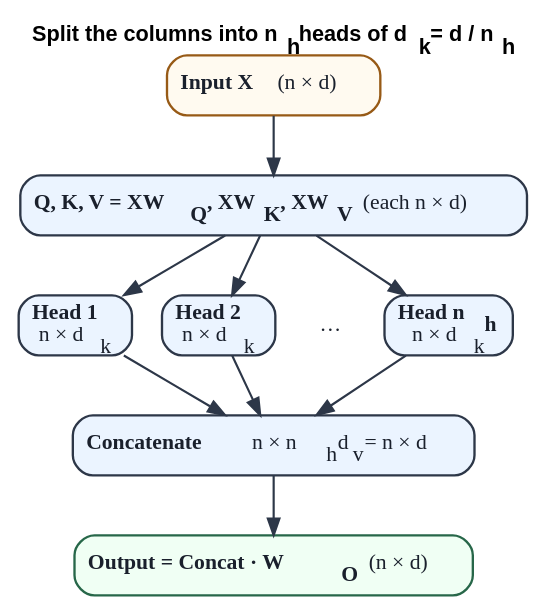
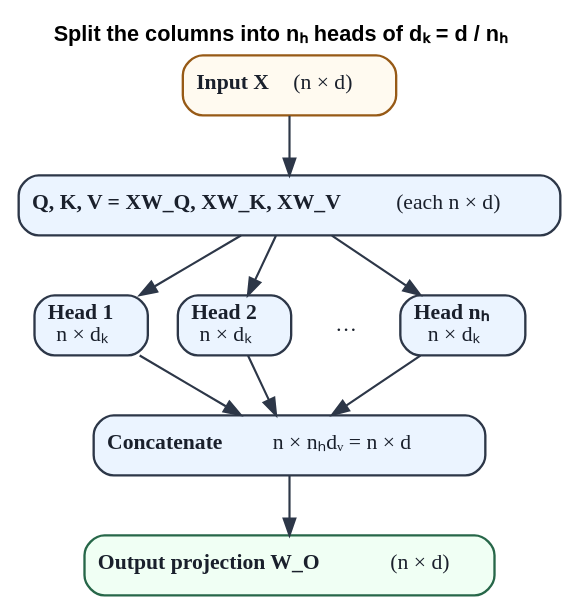
Before and after one commit to Beaker12/llmatlas: the diagram in chapters/01-foundations/figures/multi_head_attention.dot, drawn with Graphviz. The commit also changed 39 other files, not shown here.

Commit message:
Chapter 1 figures: plain subscripts in schematics, vertical history timeline, sentence-case plots, Zipf reference line, parameter axis in millions, display widths

```diff
--- a/chapters/01-foundations/figures/multi_head_attention.dot
+++ b/chapters/01-foundations/figures/multi_head_attention.dot
@@ -1,23 +1,23 @@
 digraph MultiHeadAttention {
-    graph [fontname="Arial" fontsize=13 bgcolor=white label=<<b>Split the columns into n<sub>h</sub> heads of d<sub>k</sub> = d / n<sub>h</sub></b>> labelloc=t];
+    graph [fontname="Arial" fontsize=13 bgcolor=white label=<<b>Split the columns into nₕ heads of dₖ = d / nₕ</b>> labelloc=t];
 
     x [label=<<b>Input X</b>  (n × d)> shape=box style="rounded,filled" fillcolor="#fffaf0" color="#975a16" penwidth=1.4 fontsize=13 fontcolor="#1a202c"];
-    qkv [label=<<b>Q, K, V = XW<sub>Q</sub>, XW<sub>K</sub>, XW<sub>V</sub></b>   (each n × d)> shape=box style="rounded,filled" fillcolor="#ebf4ff" color="#2d3748" penwidth=1.4 fontsize=13 fontcolor="#1a202c"];
-    h1 [label=<<b>Head 1</b><br/>n × d<sub>k</sub>> shape=box style="rounded,filled" fillcolor="#ebf4ff" color="#2d3748" penwidth=1.4 fontsize=13 fontcolor="#1a202c"];
-    h2 [label=<<b>Head 2</b><br/>n × d<sub>k</sub>> shape=box style="rounded,filled" fillcolor="#ebf4ff" color="#2d3748" penwidth=1.4 fontsize=13 fontcolor="#1a202c"];
+    qkv [label=<<b>Q, K, V = XW_Q, XW_K, XW_V</b>   (each n × d)> shape=box style="rounded,filled" fillcolor="#ebf4ff" color="#2d3748" penwidth=1.4 fontsize=13 fontcolor="#1a202c"];
+    h1 [label=<<b>Head 1</b><br/>n × dₖ> shape=box style="rounded,filled" fillcolor="#ebf4ff" color="#2d3748" penwidth=1.4 fontsize=13 fontcolor="#1a202c"];
+    h2 [label=<<b>Head 2</b><br/>n × dₖ> shape=box style="rounded,filled" fillcolor="#ebf4ff" color="#2d3748" penwidth=1.4 fontsize=13 fontcolor="#1a202c"];
     hd [label=<…> shape=box style="rounded,filled" fillcolor="white" color="#2d3748" penwidth=1.4 fontsize=13 fontcolor="#1a202c" penwidth=0 width=0.4];
-    hn [label=<<b>Head n<sub>h</sub></b><br/>n × d<sub>k</sub>> shape=box style="rounded,filled" fillcolor="#ebf4ff" color="#2d3748" penwidth=1.4 fontsize=13 fontcolor="#1a202c"];
+    hn [label=<<b>Head nₕ</b><br/>n × dₖ> shape=box style="rounded,filled" fillcolor="#ebf4ff" color="#2d3748" penwidth=1.4 fontsize=13 fontcolor="#1a202c"];
     { rank=same; h1; h2; hd; hn; }
-    cat [label=<<b>Concatenate</b>   n × n<sub>h</sub>d<sub>v</sub> = n × d> shape=box style="rounded,filled" fillcolor="#ebf4ff" color="#2d3748" penwidth=1.4 fontsize=13 fontcolor="#1a202c"];
-    o [label=<<b>Output = Concat · W<sub>O</sub></b>   (n × d)> shape=box style="rounded,filled" fillcolor="#f0fff4" color="#276749" penwidth=1.4 fontsize=13 fontcolor="#1a202c"];
+    cat [label=<<b>Concatenate</b>   n × nₕdᵥ = n × d> shape=box style="rounded,filled" fillcolor="#ebf4ff" color="#2d3748" penwidth=1.4 fontsize=13 fontcolor="#1a202c"];
+    o [label=<<b>Output projection W_O</b>   (n × d)> shape=box style="rounded,filled" fillcolor="#f0fff4" color="#276749" penwidth=1.4 fontsize=13 fontcolor="#1a202c"];
     qkv -> h1 [color="#2d3748" penwidth=1.3 fontsize=12 fontcolor="#1a202c"];
     h1 -> cat [color="#2d3748" penwidth=1.3 fontsize=12 fontcolor="#1a202c"];
     qkv -> h2 [color="#2d3748" penwidth=1.3 fontsize=12 fontcolor="#1a202c"];
     h2 -> cat [color="#2d3748" penwidth=1.3 fontsize=12 fontcolor="#1a202c"];
     qkv -> hn [color="#2d3748" penwidth=1.3 fontsize=12 fontcolor="#1a202c"];
     hn -> cat [color="#2d3748" penwidth=1.3 fontsize=12 fontcolor="#1a202c"];
     qkv -> hd [style=invis];
     hd -> cat [style=invis];
     x -> qkv [color="#2d3748" penwidth=1.3 fontsize=12 fontcolor="#1a202c"];
     cat -> o [color="#2d3748" penwidth=1.3 fontsize=12 fontcolor="#1a202c"];
 }
```
